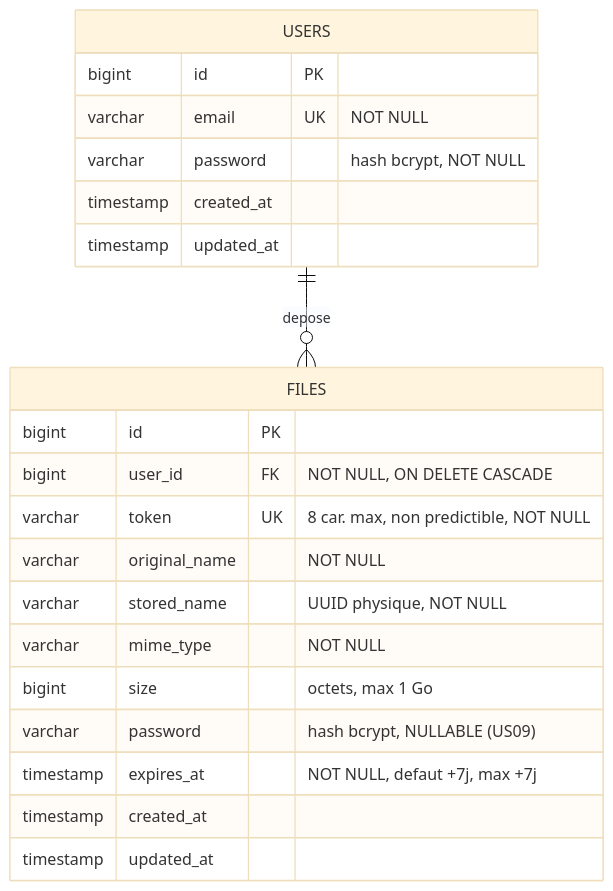
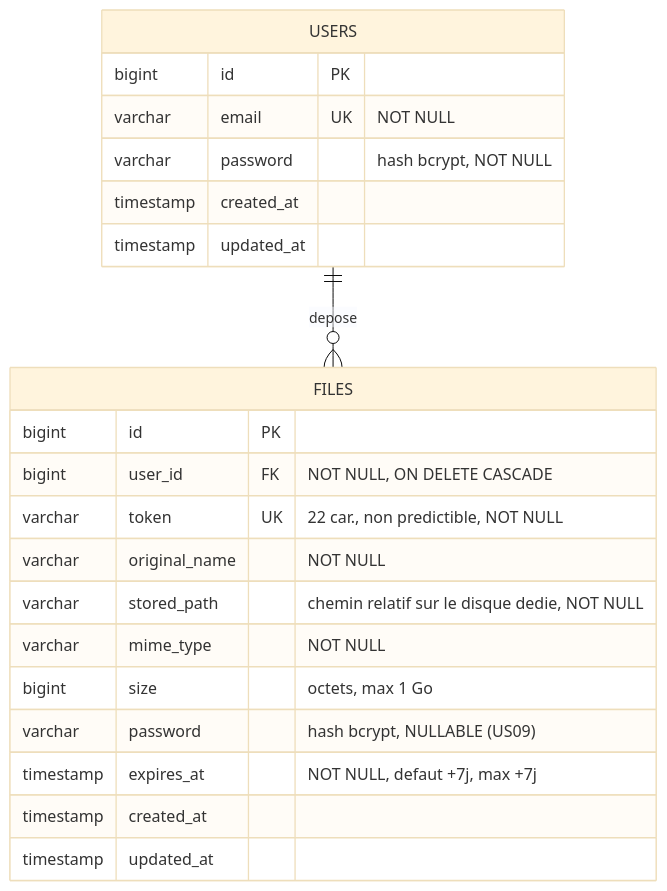
One commit to DahliaNoir71/OPENCLASSROOMS-DataShare changed the second of 2 diagrams in docs/mcd.md. Above: the diagram before and after it, drawn with Mermaid (base theme). The commit also changed other lines of this file and 3 other files, not shown here.

Commit message:
docs: aligne mcd.md, architecture.md et le README sur le dépôt de fichier (US01)

````diff
--- a/docs/mcd.md
+++ b/docs/mcd.md
@@ -27,24 +27,24 @@
 ```mermaid
 erDiagram
     USERS ||--o{ FILES : "depose"
     USERS {
         bigint id PK
         varchar email UK "NOT NULL"
         varchar password "hash bcrypt, NOT NULL"
         timestamp created_at
         timestamp updated_at
     }
     FILES {
         bigint id PK
         bigint user_id FK "NOT NULL, ON DELETE CASCADE"
-        varchar token UK "8 car. max, non predictible, NOT NULL"
+        varchar token UK "22 car., non predictible, NOT NULL"
         varchar original_name "NOT NULL"
-        varchar stored_name "UUID physique, NOT NULL"
+        varchar stored_path "chemin relatif sur le disque dedie, NOT NULL"
         varchar mime_type "NOT NULL"
         bigint size "octets, max 1 Go"
         varchar password "hash bcrypt, NULLABLE (US09)"
         timestamp expires_at "NOT NULL, defaut +7j, max +7j"
         timestamp created_at
         timestamp updated_at
     }
 ```
````
